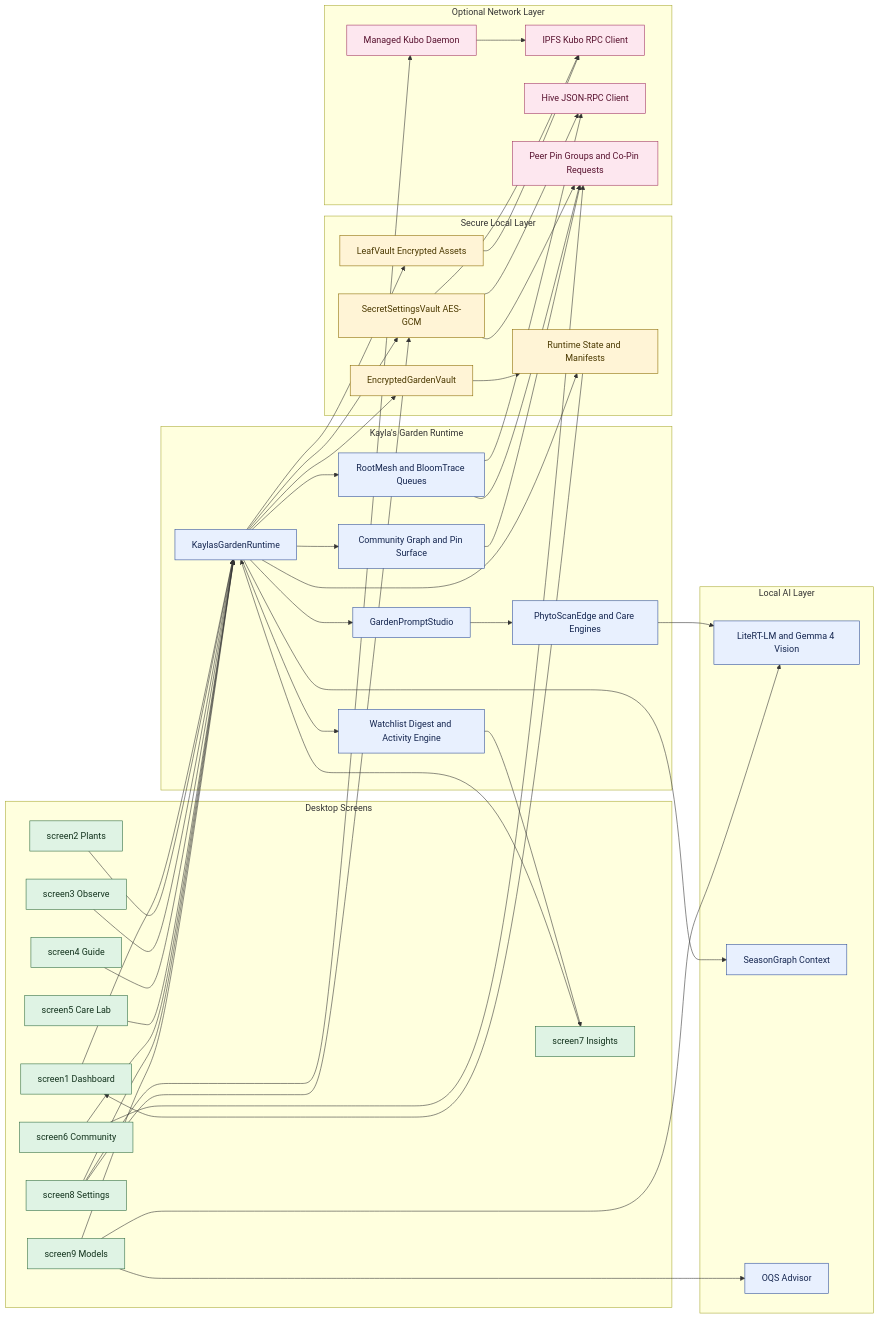
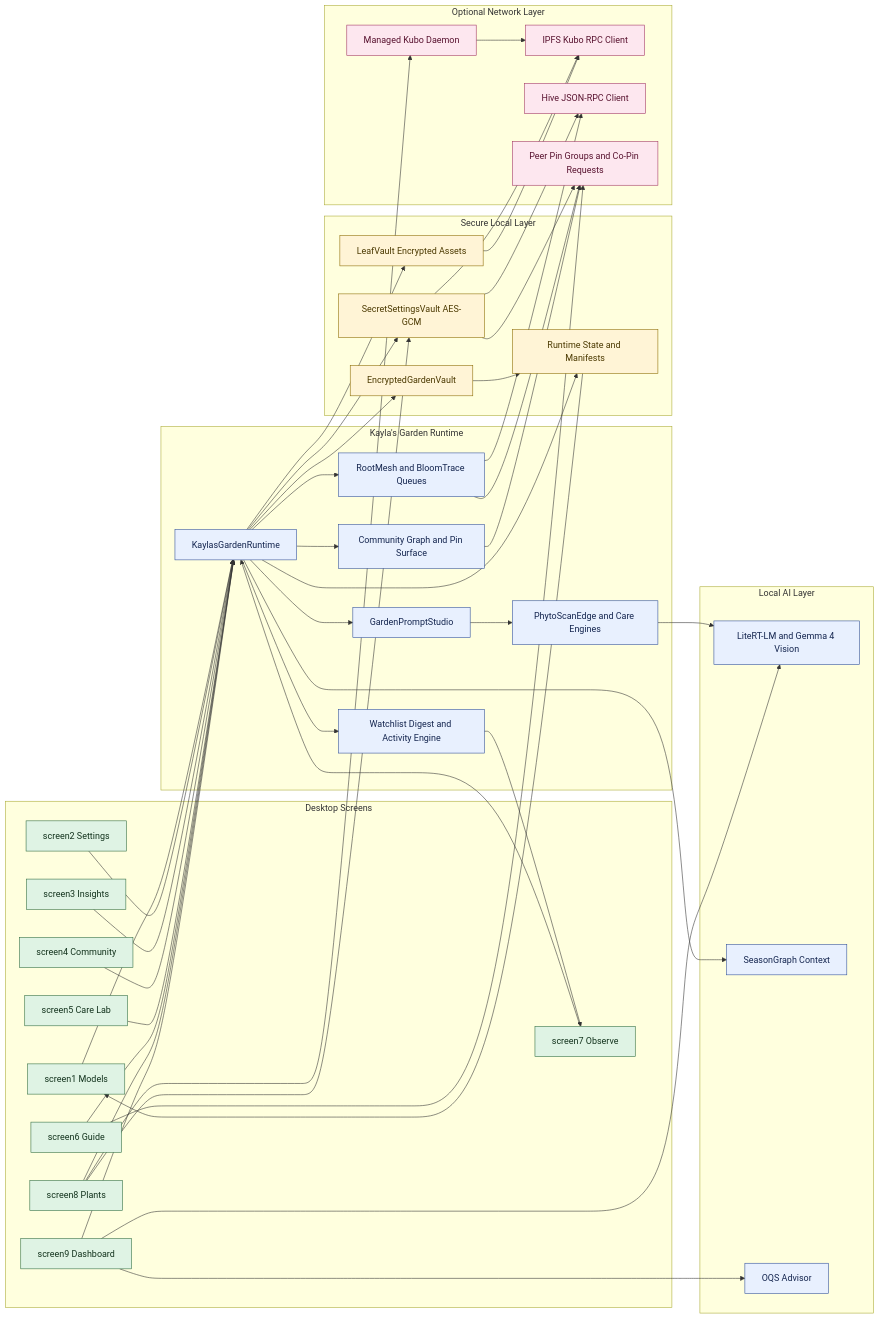
One commit to ornab74/kaylas-garden changed the first of 2 diagrams in README.md. Above: the diagram before and after it, drawn with Mermaid. The commit also changed other lines of this file, not shown here.

````diff
--- a/README.md
+++ b/README.md
@@ -360,15 +360,15 @@
 ```mermaid
 flowchart LR
     subgraph UI[Desktop Screens]
-        S1[screen1 Dashboard]
-        S2[screen2 Plants]
-        S3[screen3 Observe]
-        S4[screen4 Guide]
+        S1[screen1 Models]
+        S2[screen2 Settings]
+        S3[screen3 Insights]
+        S4[screen4 Community]
         S5[screen5 Care Lab]
-        S6[screen6 Community]
-        S7[screen7 Insights]
-        S8[screen8 Settings]
-        S9[screen9 Models]
+        S6[screen6 Guide]
+        S7[screen7 Observe]
+        S8[screen8 Plants]
+        S9[screen9 Dashboard]
     end
 
     subgraph Core[Kayla's Garden Runtime]
````
